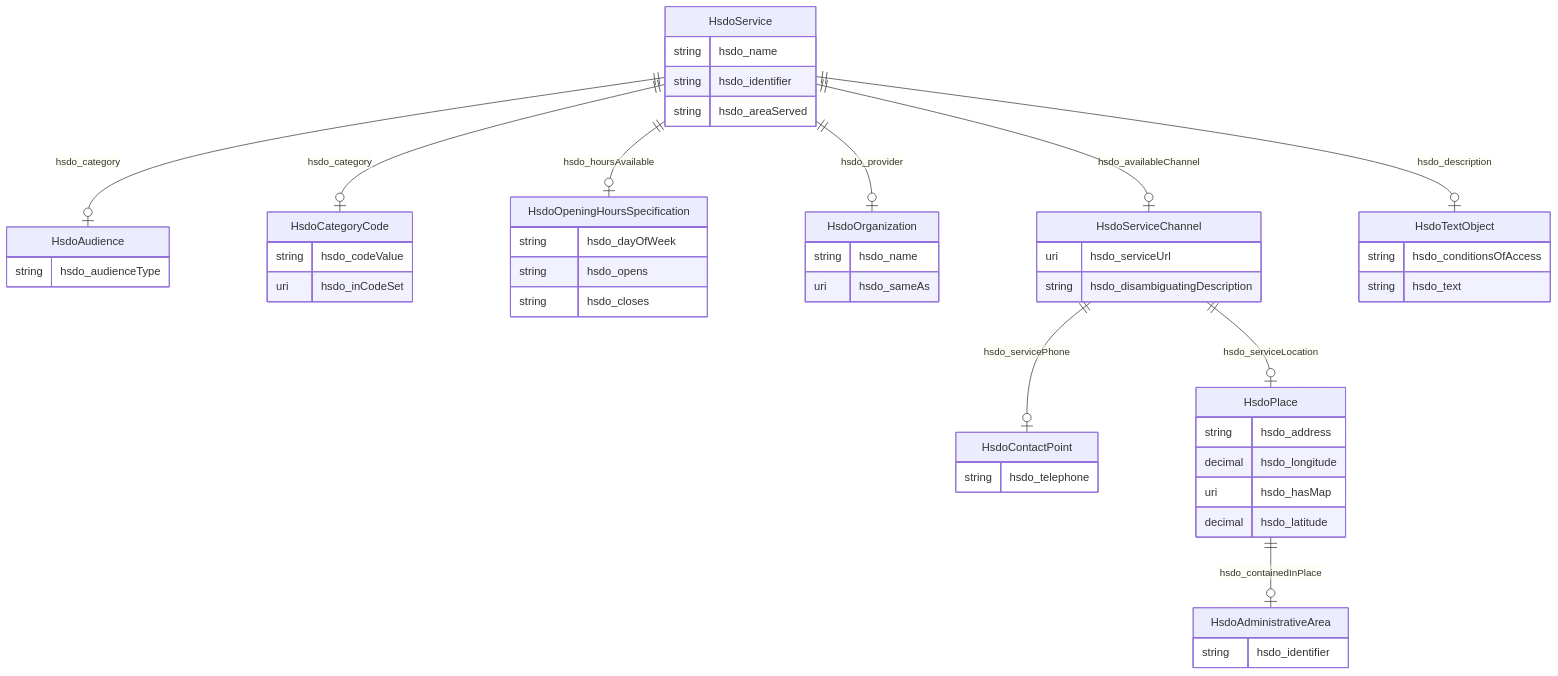
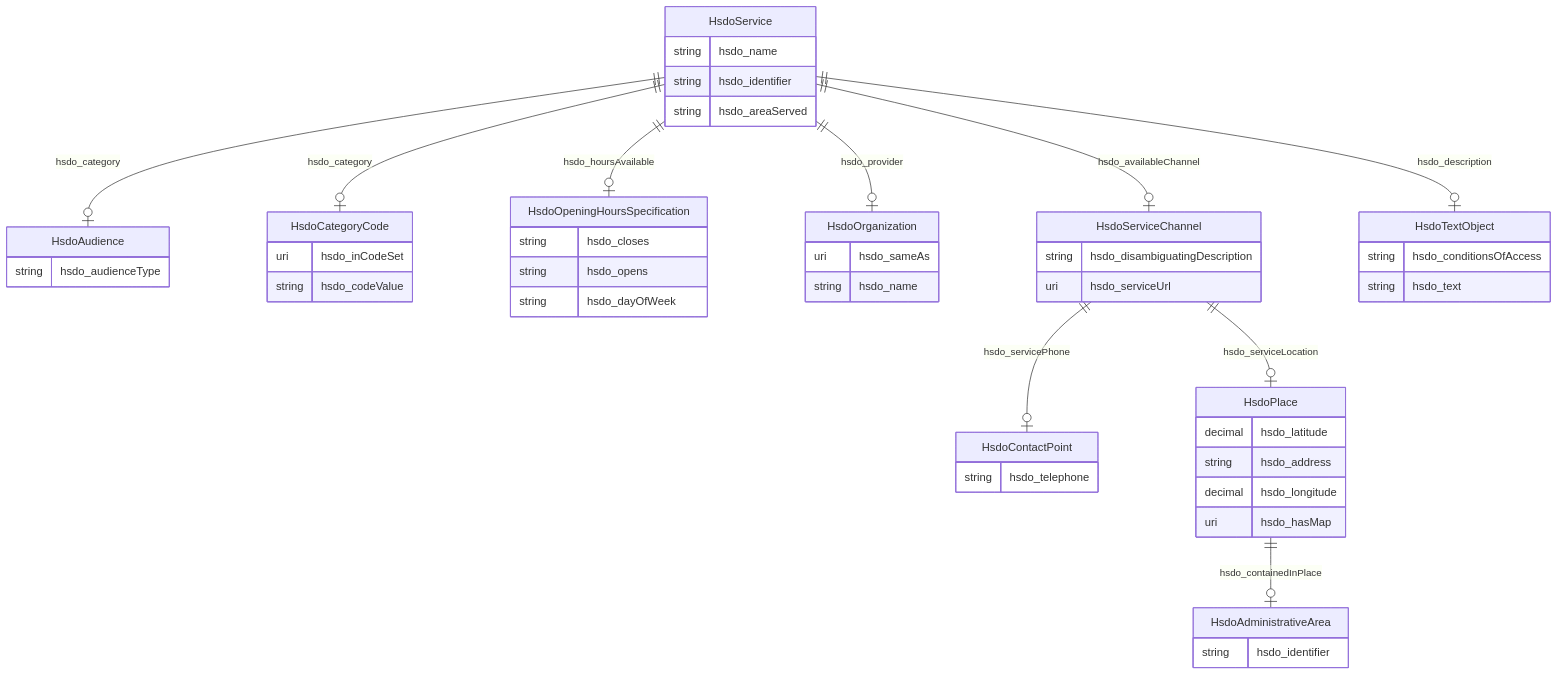
Before and after one commit to frink-okn/graph-descriptions: the diagram in kg-name/README.md, drawn with Mermaid. The commit also changed other lines of this file and 8 other files, not shown here.

````diff
--- a/kg-name/README.md
+++ b/kg-name/README.md
@@ -9,55 +9,55 @@
 ```mermaid
 erDiagram
 HsdoAdministrativeArea {
     string hsdo_identifier  
 }
 HsdoAudience {
     string hsdo_audienceType  
 }
 HsdoCategoryCode {
+    uri hsdo_inCodeSet  
     string hsdo_codeValue  
-    uri hsdo_inCodeSet  
 }
 HsdoContactPoint {
     string hsdo_telephone  
 }
 HsdoOpeningHoursSpecification {
+    string hsdo_closes  
+    string hsdo_opens  
     string hsdo_dayOfWeek  
-    string hsdo_opens  
-    string hsdo_closes  
 }
 HsdoOrganization {
+    uri hsdo_sameAs  
     string hsdo_name  
-    uri hsdo_sameAs  
 }
 HsdoPlace {
+    decimal hsdo_latitude  
     string hsdo_address  
     decimal hsdo_longitude  
     uri hsdo_hasMap  
-    decimal hsdo_latitude  
 }
 HsdoService {
     string hsdo_name  
     string hsdo_identifier  
     string hsdo_areaServed  
 }
 HsdoServiceChannel {
+    string hsdo_disambiguatingDescription  
     uri hsdo_serviceUrl  
-    string hsdo_disambiguatingDescription  
 }
 HsdoTextObject {
     string hsdo_conditionsOfAccess  
     string hsdo_text  
 }
 
 HsdoPlace ||--|o HsdoAdministrativeArea : "hsdo_containedInPlace"
-HsdoService ||--|o HsdoOpeningHoursSpecification : "hsdo_hoursAvailable"
-HsdoService ||--|o HsdoOrganization : "hsdo_provider"
-HsdoService ||--|o HsdoServiceChannel : "hsdo_availableChannel"
 HsdoService ||--|o HsdoTextObject : "hsdo_description"
 HsdoService ||--|o HsdoAudience : "hsdo_category"
 HsdoService ||--|o HsdoCategoryCode : "hsdo_category"
+HsdoService ||--|o HsdoOrganization : "hsdo_provider"
+HsdoService ||--|o HsdoServiceChannel : "hsdo_availableChannel"
+HsdoService ||--|o HsdoOpeningHoursSpecification : "hsdo_hoursAvailable"
 HsdoServiceChannel ||--|o HsdoPlace : "hsdo_serviceLocation"
 HsdoServiceChannel ||--|o HsdoContactPoint : "hsdo_servicePhone"
 
 ```
````
